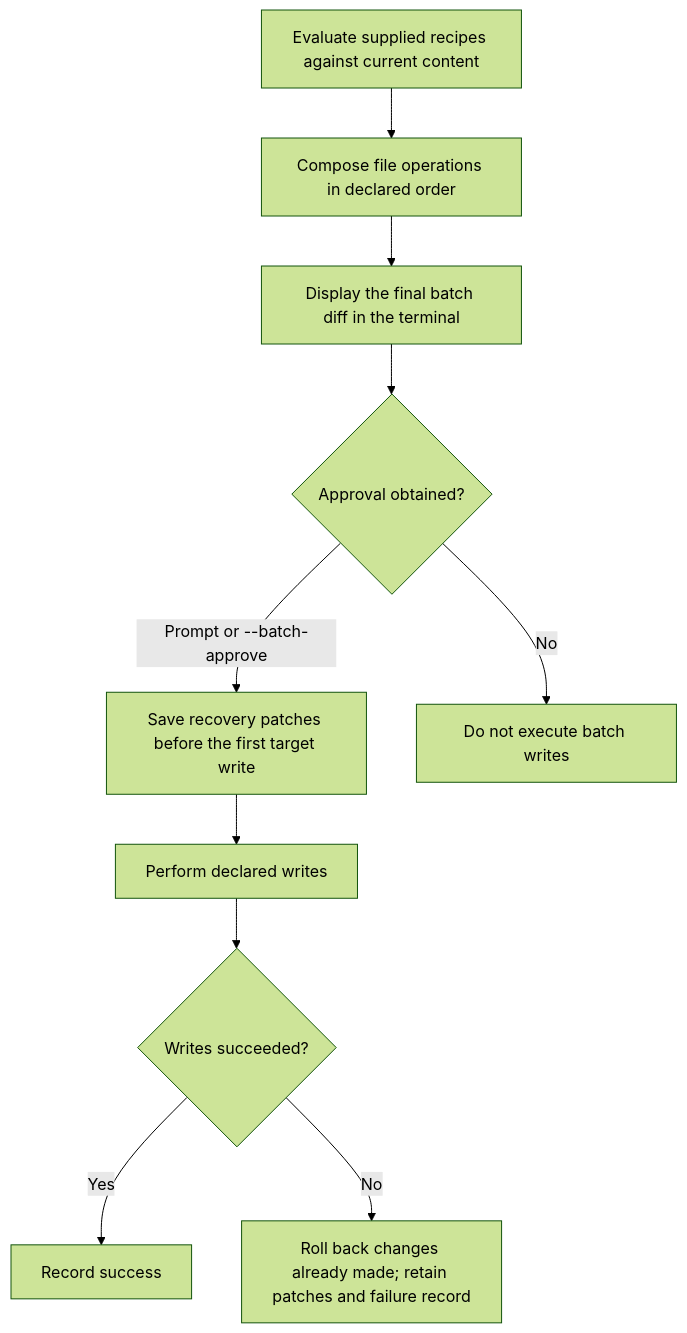
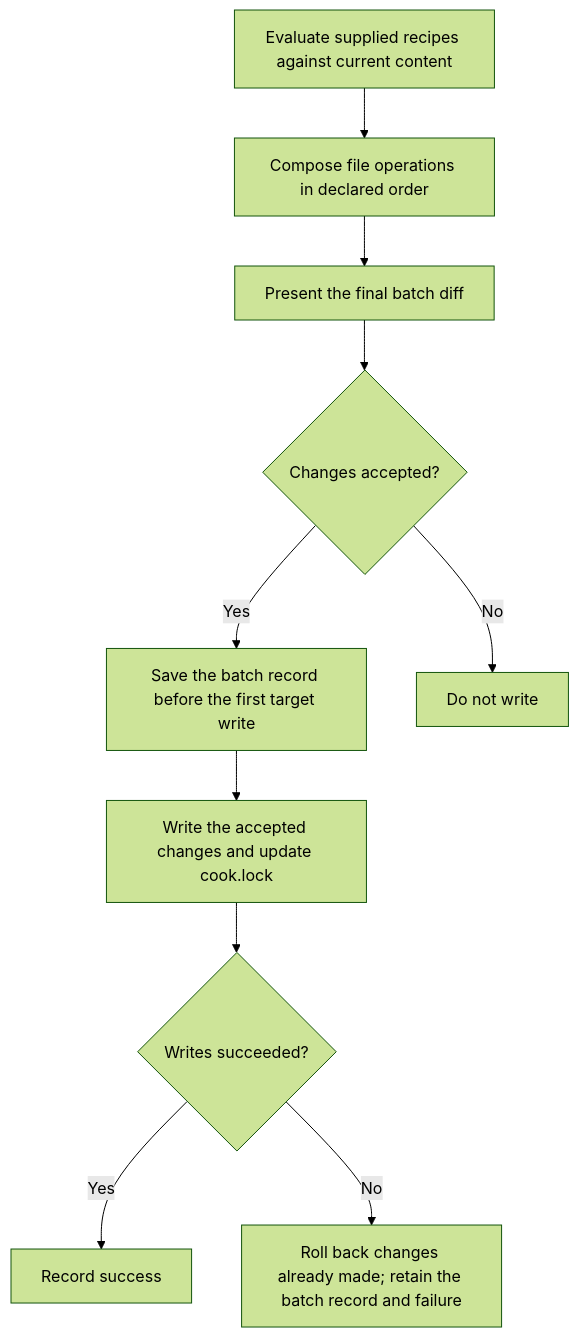
Before and after one commit to lmarqs/harness: the second of 2 diagrams in docs/architecture.md, drawn with Mermaid (forest theme). The commit also changed other lines of this file and 91 other files, not shown here.

First line of the commit message:
docs: apply the ownership, lock and batch decisions; self-contained recipe READMEs

````diff
--- a/docs/architecture.md
+++ b/docs/architecture.md
@@ -67,18 +65,18 @@
 ```mermaid
 flowchart TD
     evaluate["Evaluate supplied recipes against current content"]
     batch["Compose file operations in declared order"]
-    diff["Display the final batch diff in the terminal"]
-    approval{"Approval obtained?"}
-    recovery["Save recovery patches before the first target write"]
-    write["Perform declared writes"]
+    diff["Present the final batch diff"]
+    approval{"Changes accepted?"}
+    recovery["Save the batch record before the first target write"]
+    write["Write the accepted changes and update cook.lock"]
     result{"Writes succeeded?"}
     done["Record success"]
-    rollback["Roll back changes already made; retain patches and failure record"]
-    stop["Do not execute batch writes"]
+    rollback["Roll back changes already made; retain the batch record and failure"]
+    stop["Do not write"]
     evaluate --> batch --> diff --> approval
-    approval -->|"Prompt or --batch-approve"| recovery --> write --> result
+    approval -->|"Yes"| recovery --> write --> result
     approval -->|"No"| stop
     result -->|"Yes"| done
     result -->|"No"| rollback
 ```
````
